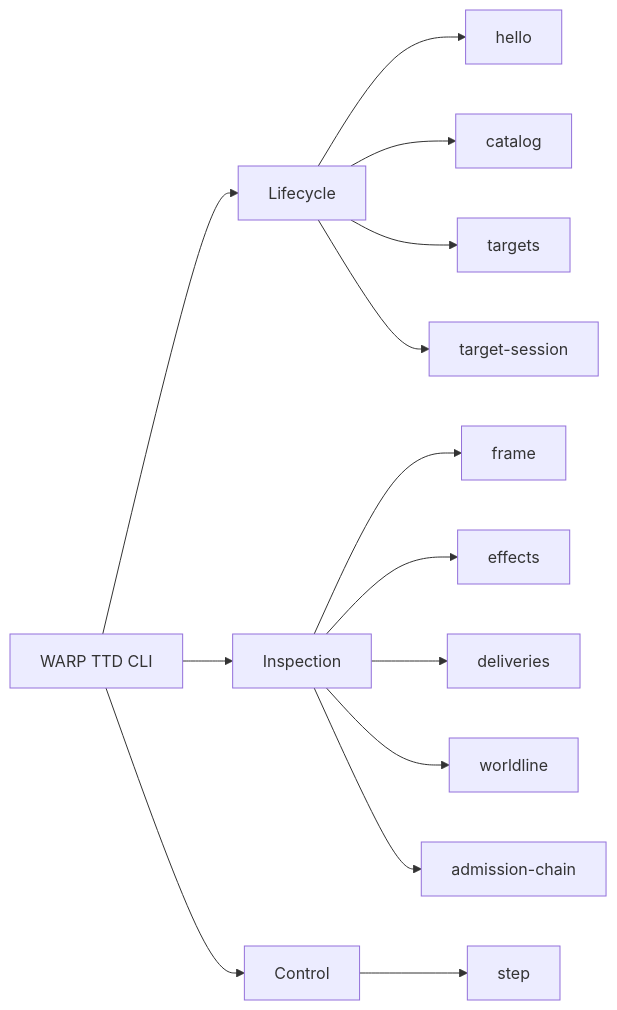
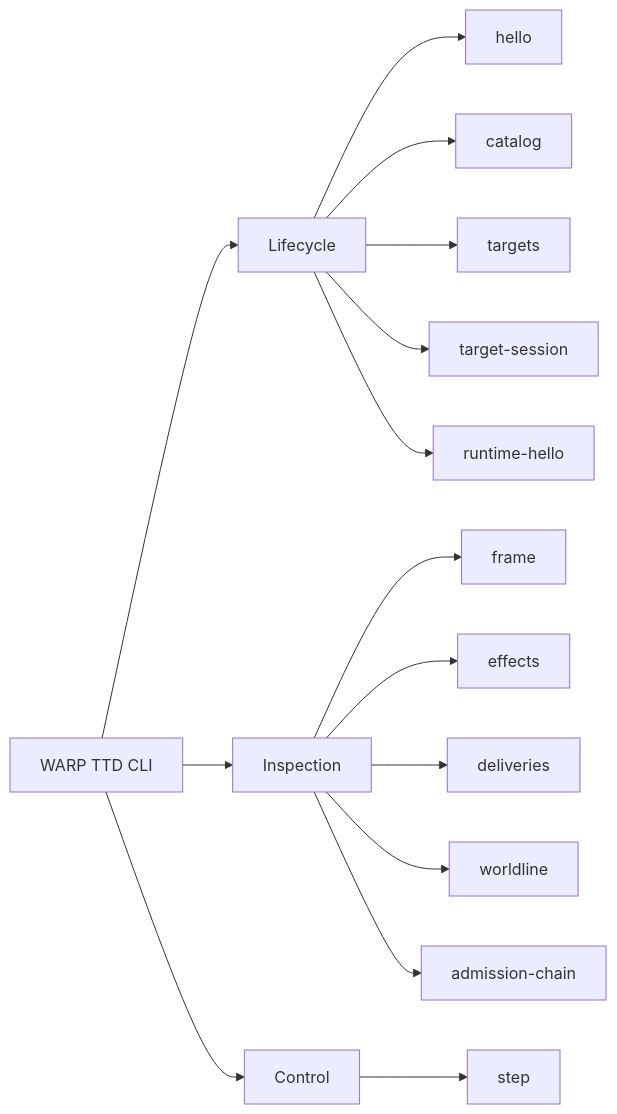
Before and after one commit to flyingrobots/warp-ttd: the diagram in docs/CLI.md, drawn with Mermaid. The commit also changed other lines of this file and 11 other files, not shown here.

Commit message:
feat(cli): expose continuum runtime hello

````diff
--- a/docs/CLI.md
+++ b/docs/CLI.md
@@ -6,16 +6,17 @@
 ```mermaid
 flowchart LR
     A[WARP TTD CLI] --> B[Lifecycle]
     A --> C[Inspection]
     A --> D[Control]
     B --> B1[hello]
     B --> B2[catalog]
     B --> B3[targets]
     B --> B4[target-session]
+    B --> B5[runtime-hello]
     C --> C1[frame]
     C --> C2[effects]
     C --> C3[deliveries]
     C --> C4[worldline]
     C --> C5[admission-chain]
     D --> D1[step]
 ```
````
